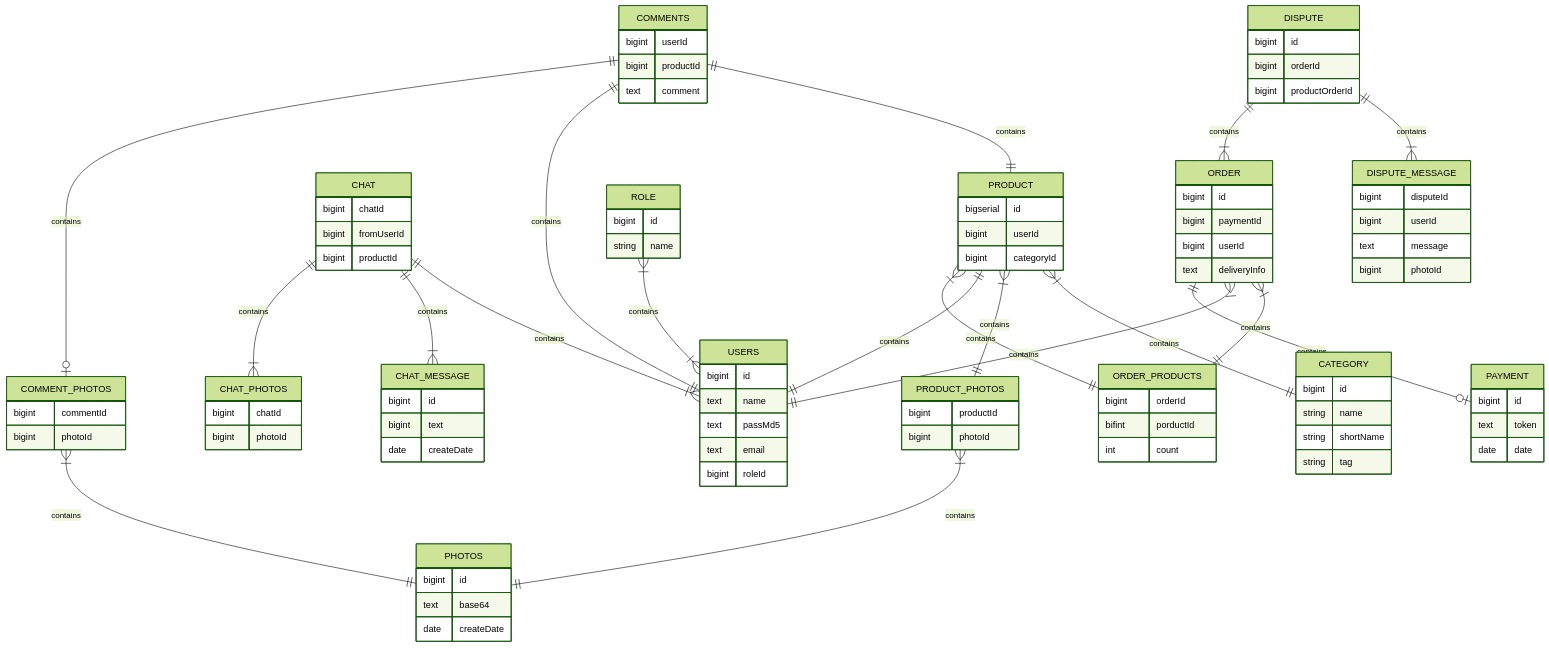
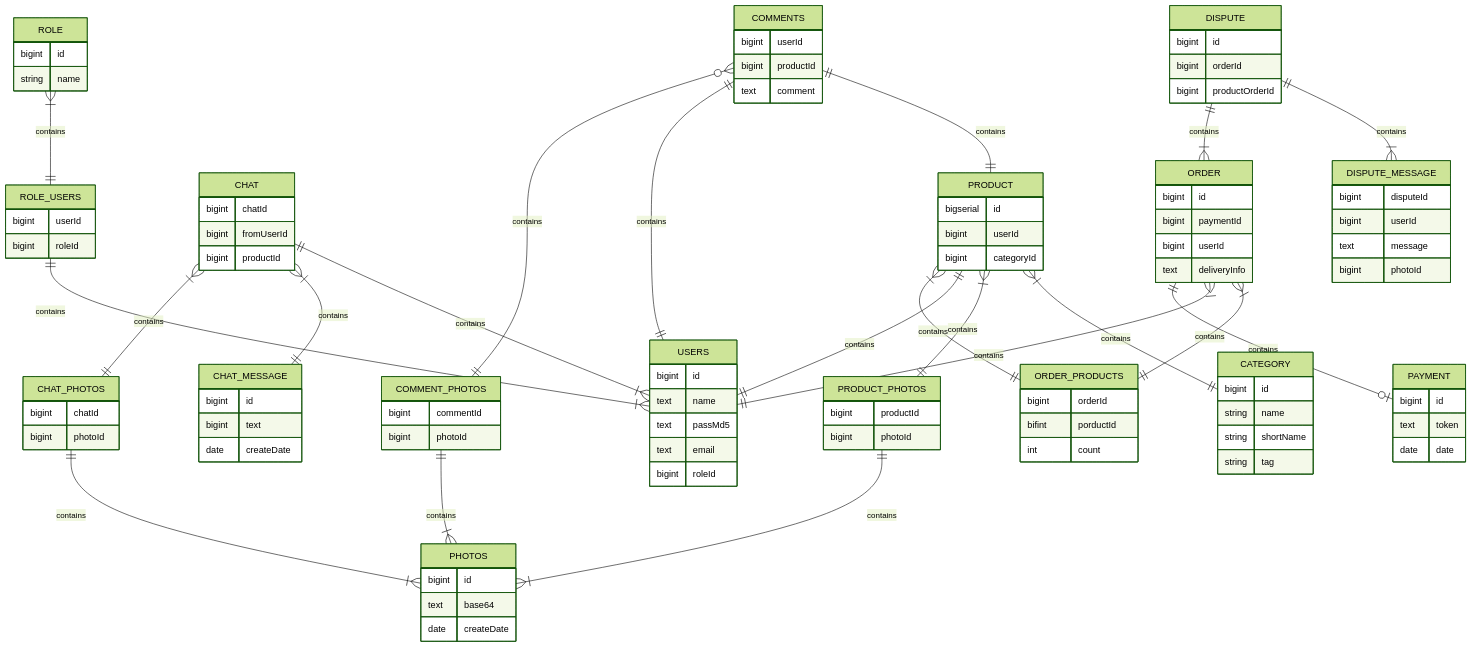
Before and after one commit to danila0sukhnyak/hps-store: the diagram in README.md, drawn with Mermaid (forest theme).

```diff
--- a/README.md
+++ b/README.md
@@ -7,22 +7,24 @@
     PRODUCT ||--|| USERS: contains
     PRODUCT }|--|| ORDER_PRODUCTS: contains
     
-    PRODUCT_PHOTOS }|--|| PHOTOS:  contains
-    COMMENT_PHOTOS }|--|| PHOTOS:  contains
+    PRODUCT_PHOTOS ||--|{ PHOTOS:  contains
+    COMMENT_PHOTOS ||--|{ PHOTOS:  contains
 
     COMMENTS ||--|| PRODUCT: contains
     COMMENTS ||--|| USERS: contains
-    COMMENTS ||--O| COMMENT_PHOTOS: contains
-    
+    COMMENTS }O--|| COMMENT_PHOTOS: contains
+
     CHAT ||--|{ USERS: contains
-    CHAT ||--|{ CHAT_MESSAGE: contains
-    CHAT ||--|{ CHAT_PHOTOS: contains
-    
+    CHAT }|--|| CHAT_MESSAGE: contains
+    CHAT }|--|| CHAT_PHOTOS: contains
+    CHAT_PHOTOS ||--|{ PHOTOS:  contains
+
     ORDER }|--|| ORDER_PRODUCTS: contains
     ORDER }|--|| USERS: contains
     ORDER ||--O| PAYMENT: contains
     
-    ROLE }|--|{ USERS: contains
+    ROLE }|--|| ROLE_USERS: contains
+    ROLE_USERS ||--|{ USERS: contains
     
     DISPUTE ||--|{ DISPUTE_MESSAGE: contains
     DISPUTE ||--|{ ORDER: contains
@@ -58,6 +60,11 @@
     ROLE{
         bigint id
         string name
+    }
+    
+    ROLE_USERS{
+        bigint userId
+        bigint roleId
     }
     
     USERS{
```
